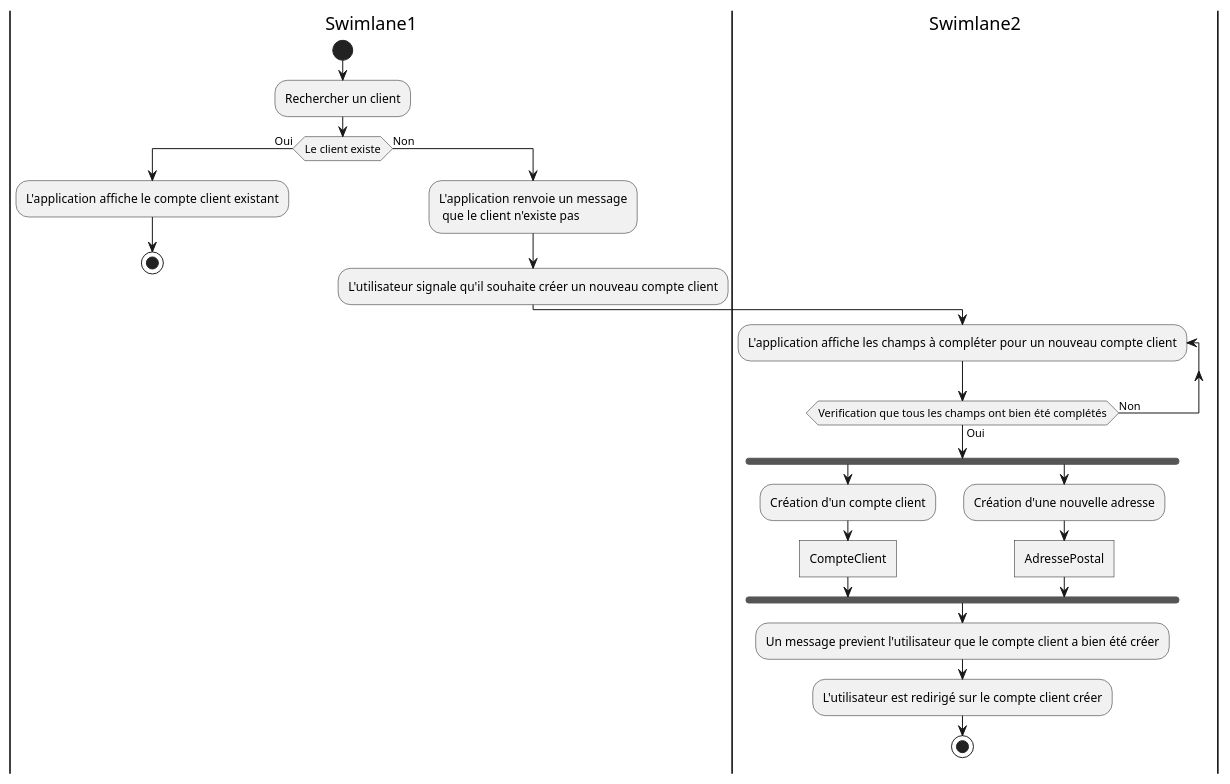
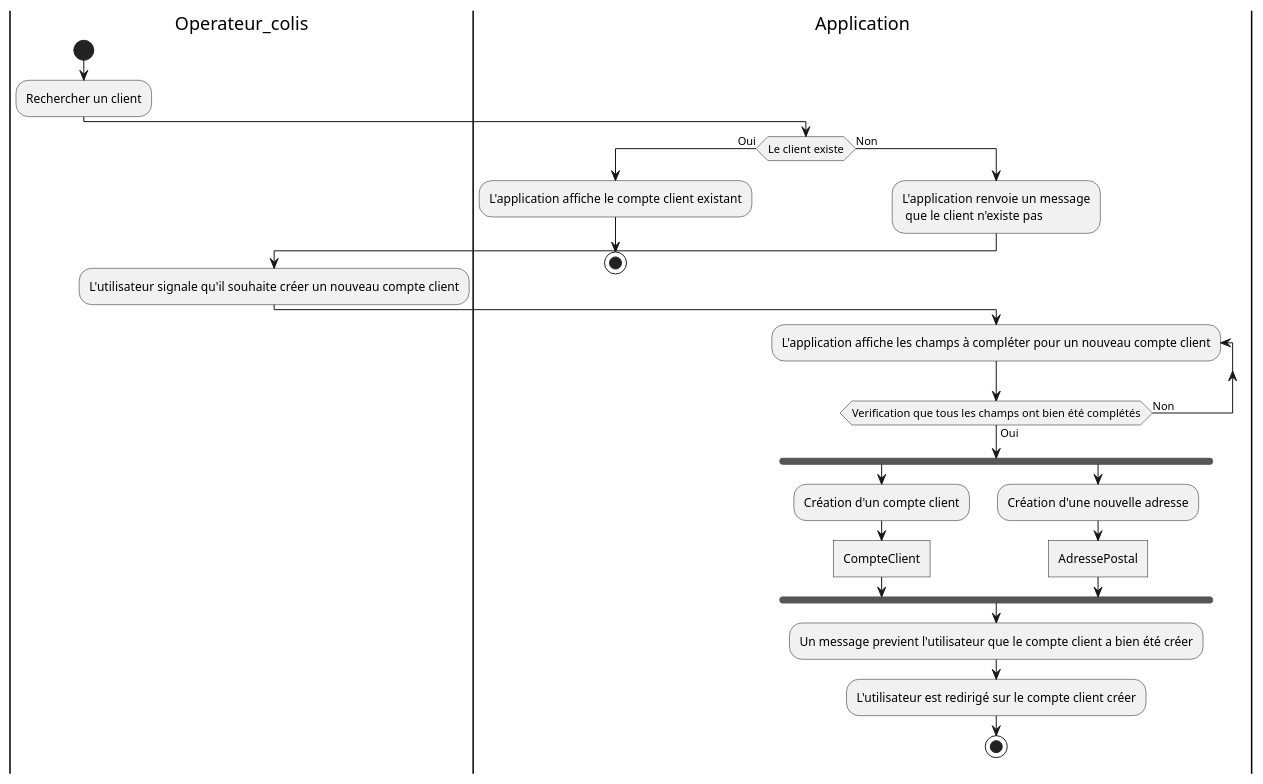
Before and after one commit to Bluwen/Conception_d_une_application_informatique: the diagram in Cas_activite/DA_Creation_Compte_Client.puml, drawn with PlantUML.

Commit message:
Avec le fichier c'est mieux

```diff
--- a/Cas_activite/DA_Creation_Compte_Client.puml
+++ b/Cas_activite/DA_Creation_Compte_Client.puml
@@ -1,31 +1,32 @@
 @startuml création compte client da
-|Swimlane1|
+|Operateur_colis|
 start
 
 
 :Rechercher un client;
-
+|Application|
 if (Le client existe) then (Oui)
     :L'application affiche le compte client existant;
     stop
 else (Non)
     :L'application renvoie un message\n que le client n'existe pas;
 
+|Operateur_colis|
 :L'utilisateur signale qu'il souhaite créer un nouveau compte client;
-|Swimlane2|
+|Application|
 repeat :L'application affiche les champs à compléter pour un nouveau compte client;
 repeat while (Verification que tous les champs ont bien été complétés) is (Non) not (Oui)
 
 fork
     :Création d'un compte client;
     :CompteClient]
 
 fork again
     :Création d'une nouvelle adresse;
     :AdressePostal]
 end fork
 :Un message previent l'utilisateur que le compte client a bien été créer;
 :L'utilisateur est redirigé sur le compte client créer;
 
 stop
 @enduml
```
